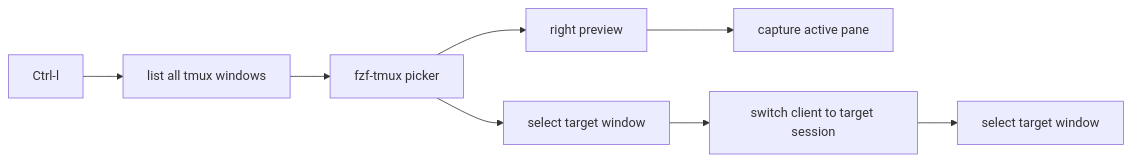
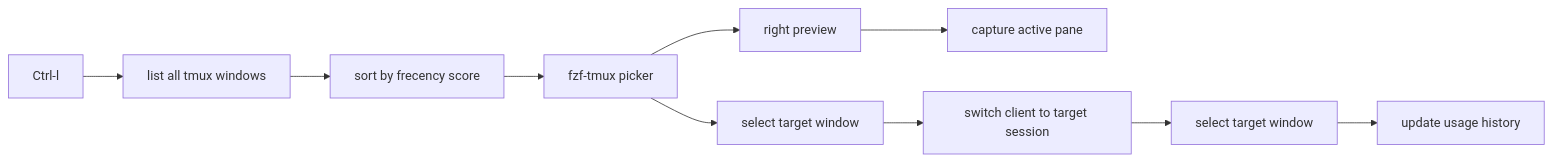
One commit to edte/tmux-fzf changed the diagram in README.md. Above: the diagram before and after it, drawn with Mermaid. The commit also changed other lines of this file and 4 other files, not shown here.

Commit message:
Add frecency-based window sorting

````diff
--- a/README.md
+++ b/README.md
@@ -80,10 +97,12 @@
 ```mermaid
 flowchart LR
     A[Ctrl-l] --> B[list all tmux windows]
-    B --> C[fzf-tmux picker]
-    C --> D[right preview]
-    D --> E[capture active pane]
-    C --> F[select target window]
-    F --> G[switch client to target session]
-    G --> H[select target window]
+    B --> C[sort by frecency score]
+    C --> D[fzf-tmux picker]
+    D --> E[right preview]
+    E --> F[capture active pane]
+    D --> G[select target window]
+    G --> H[switch client to target session]
+    H --> I[select target window]
+    I --> J[update usage history]
 ```
````
